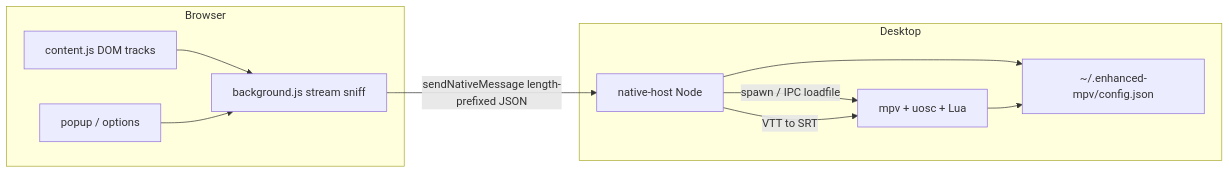
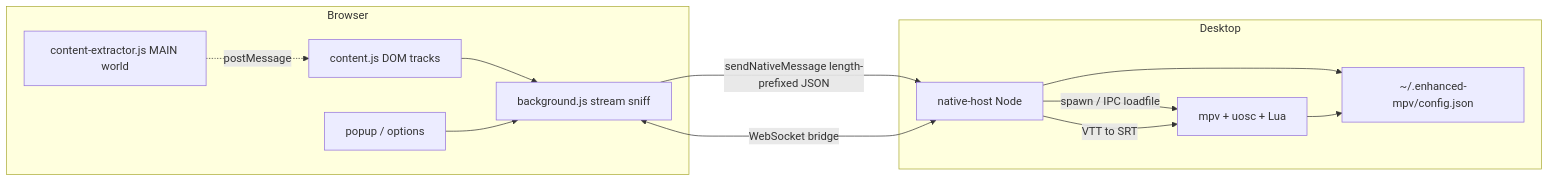
Before and after one commit to nihal6886/enhanced-mpv: the diagram in README.md, drawn with Mermaid. The commit also changed other lines of this file and 27 other files, not shown here.

````diff
--- a/README.md
+++ b/README.md
@@ -102,20 +159,23 @@
 ```mermaid
 flowchart LR
   subgraph Browser
     CS[content.js DOM tracks]
+    CE[content-extractor.js MAIN world]
     BG[background.js stream sniff]
     POP[popup / options]
   end
   subgraph Desktop
     NH[native-host Node]
     CFG[~/.enhanced-mpv/config.json]
     MPV[mpv + uosc + Lua]
   end
   CS --> BG
+  CE -.->|postMessage| CS
   POP --> BG
   BG -->|"sendNativeMessage length-prefixed JSON"| NH
+  BG <--->|WebSocket bridge| NH
   NH --> CFG
   MPV --> CFG
   NH -->|"spawn / IPC loadfile"| MPV
   NH -->|VTT to SRT| MPV
 ```
````
